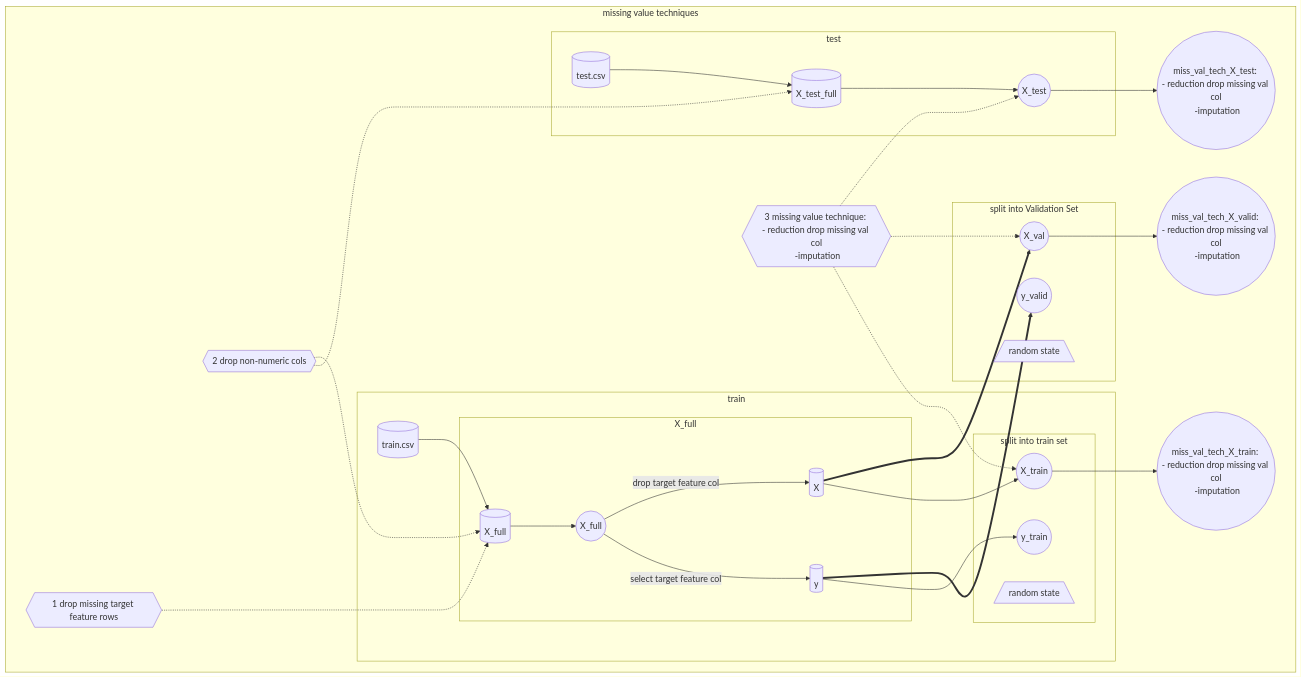
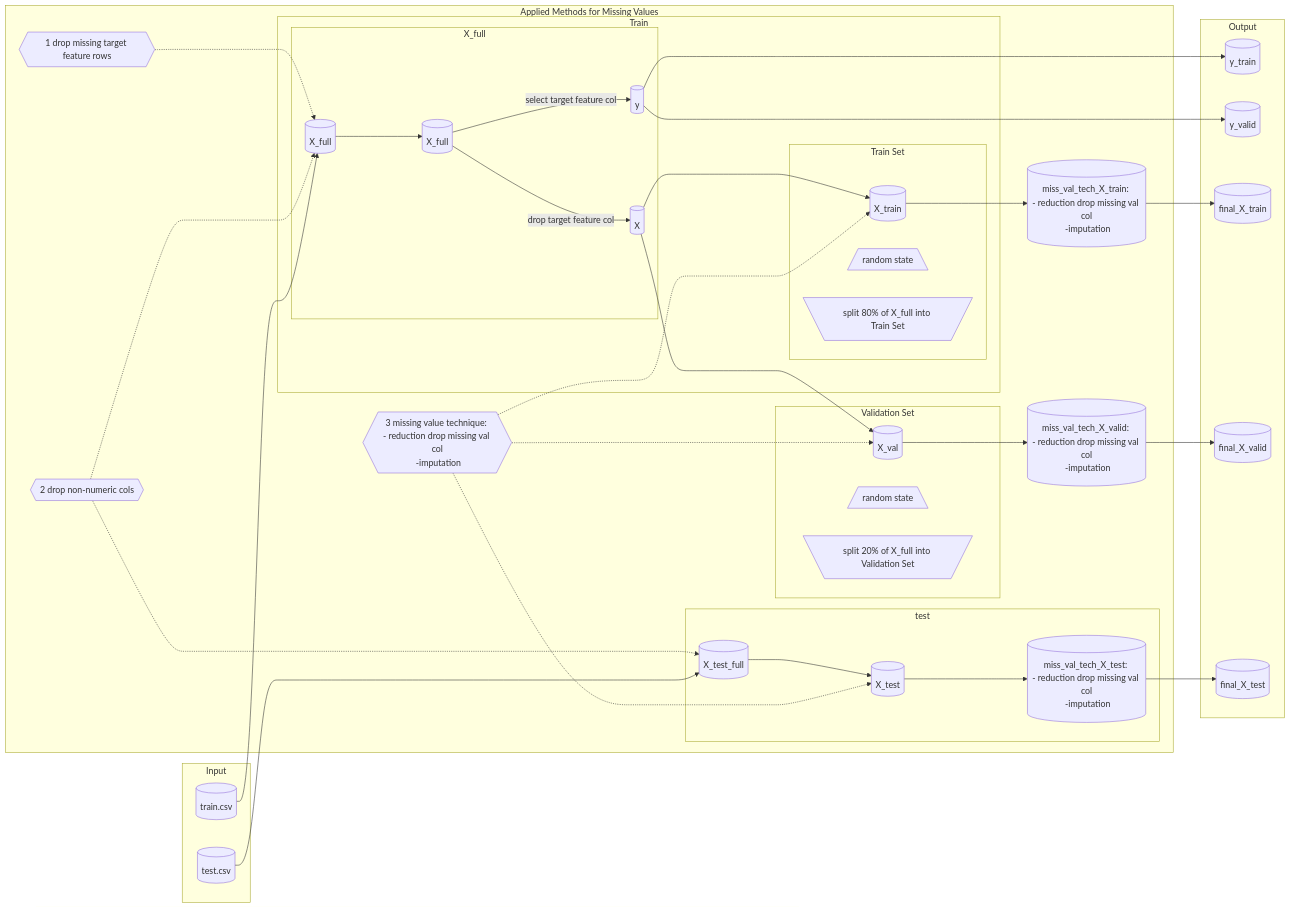
One commit to patmejia/kaggle_ml changed the first of 2 diagrams in ml_flow.md. Above: the diagram before and after it, drawn with Mermaid. The commit also changed other lines of this file, not shown here.

````diff
--- a/ml_flow.md
+++ b/ml_flow.md
@@ -14,60 +14,77 @@
 ```mermaid
-graph TD
+graph LR
     id1[(train.csv)]
     id2[(test.csv)]
     id3[(X_full)]
-    id3_1((X_full))
+    id3_1[(X_full)]
     id4[(X_test_full)]
     id5[(y)]
-    id6((X_test))
+    id6[(X_test)]
     id7[(X)]
-    id9((X_train))
-    id9_1((miss_val_tech_X_train: </br>- reduction drop missing val col</br> -imputation))
-    id10((X_val))
-    id10_1((miss_val_tech_X_valid: </br>- reduction drop missing val col</br> -imputation))
-    id11((y_train))
-    id12((y_valid))
-    id13((miss_val_tech_X_test: </br>- reduction drop missing val col</br> -imputation))
+    id9[(X_train)]
+    id9_1[(miss_val_tech_X_train: </br>- reduction drop missing val col</br> -imputation)]
+    id10[(X_val)]
+    id10_1[(miss_val_tech_X_valid: </br>- reduction drop missing val col</br> -imputation)]
+    id11[(y_train)]
+    id12[(y_valid)]
+    id13[(miss_val_tech_X_test: </br>- reduction drop missing val col</br> -imputation)]
     drop1{{2 drop non-numeric cols}}
     drop2{{1 drop missing target feature rows}}
     drop3{{3 missing value technique: </br>- reduction drop missing val col</br> -imputation}}
     random_state1[/random state\]
     random_state2[/random state\]
+    id14[(final_X_train)]
+    id15[(final_X_valid)]
+    id16[(final_X_test)]
+    split1[\split 80% of X_full into Train Set/]
+    split2[\split 20% of X_full into Validation Set/]
 
-subgraph missing value techniques
+subgraph Input
+    id1
+    id2
+end
+id1 --> id3
+id2 --> id4
+subgraph Applied Methods for Missing Values
 drop1 -..-> id4
 drop1 -..-> id3
-drop2 -...-> id3
-drop3 -.-> id9
-drop3 -.-> id10
-drop3 -.-> id6
+drop2 -..-> id3
+drop3 -..-> id9
+drop3 -...-> id10
+drop3 -...-> id6
 
-    subgraph train
-    id1 --> id3
+    subgraph Train
         subgraph X_full
         id3 --> id3_1
-        id3_1 -- select target feature col--> id5
+        id3_1 --> |select target feature col|id5
         id3_1 -- drop target feature col --> id7
         end
 
-        subgraph split into train set
+        subgraph Train Set
+        split1
         random_state1
-        id7 --> id9
-        id5 --> id11
+        id7 ---> id9
+        end
     end
-        end
-        subgraph split into Validation Set
+        subgraph Validation Set
+        split2
         random_state2
-        id7 ==> id10
-        id5 ==> id12
+        id7 --> id10
         end
 
     subgraph test
-    id2 --> id4
     id4 --> id6
+    id6 --> id13
     end
-    id6 --> id13
     id9 --> id9_1
     id10 --> id10_1
 end
+subgraph Output
+id9_1 --> id14
+id10_1 --> id15
+id13 --> id16
+        id5 ---> id11
+        id5 --> id12
+end
+
 ```
````
